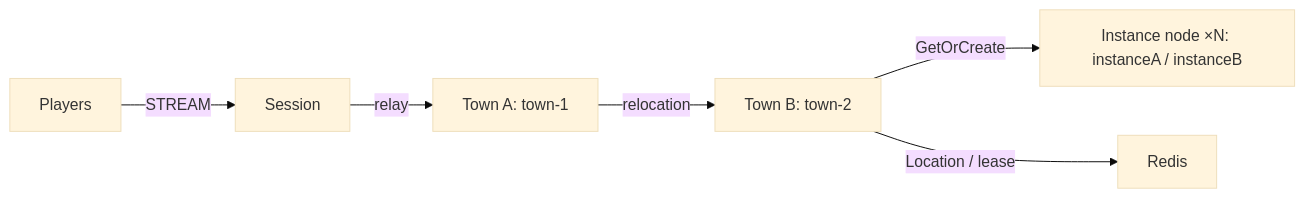
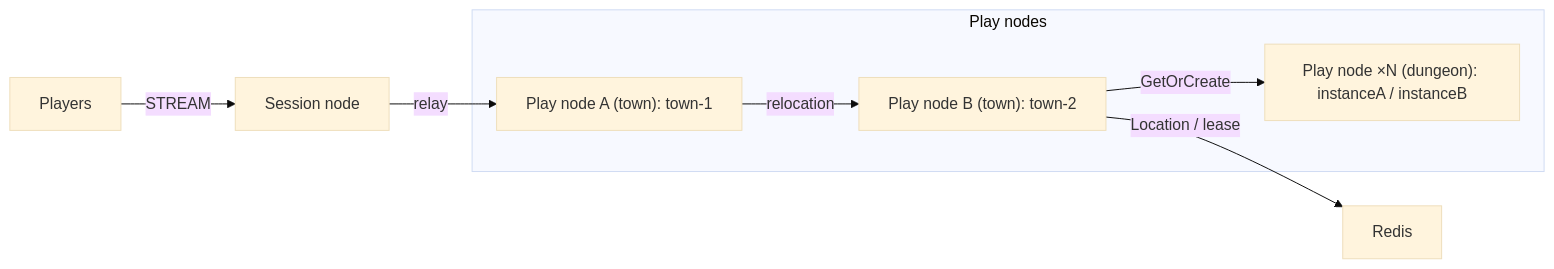
The diagram in framework/languages/dotnet/templates/morpg-channel-town/my-game/README.md (zlink-systems/zlink), drawn with Mermaid (base theme) before and after one commit. The commit also changed other lines of this file and 223 other files, not shown here.

First line of the commit message:
docs(templates): 모든 템플릿의 노드 이름을 Session node · Play node · API node로 (#5350)

````diff
--- a/framework/languages/dotnet/templates/morpg-channel-town/my-game/README.md
+++ b/framework/languages/dotnet/templates/morpg-channel-town/my-game/README.md
@@ -5,8 +5,13 @@
 ```mermaid
 flowchart LR
-    players[Players] -->|STREAM| session[Session]
-    session -->|relay| townA[Town A: town-1]
-    townA -->|relocation| townB[Town B: town-2]
-    townB -->|GetOrCreate| instances[Instance node ×N: instanceA / instanceB]
+    subgraph playNodes["Play nodes"]
+      townA["Play node A (town): town-1"]
+      townB["Play node B (town): town-2"]
+      instances["Play node ×N (dungeon): instanceA / instanceB"]
+    end
+    players[Players] -->|STREAM| session["Session node"]
+    session -->|relay| townA
+    townA -->|relocation| townB
+    townB -->|GetOrCreate| instances
     townB -->|Location / lease| location[Redis]
 ```
````
